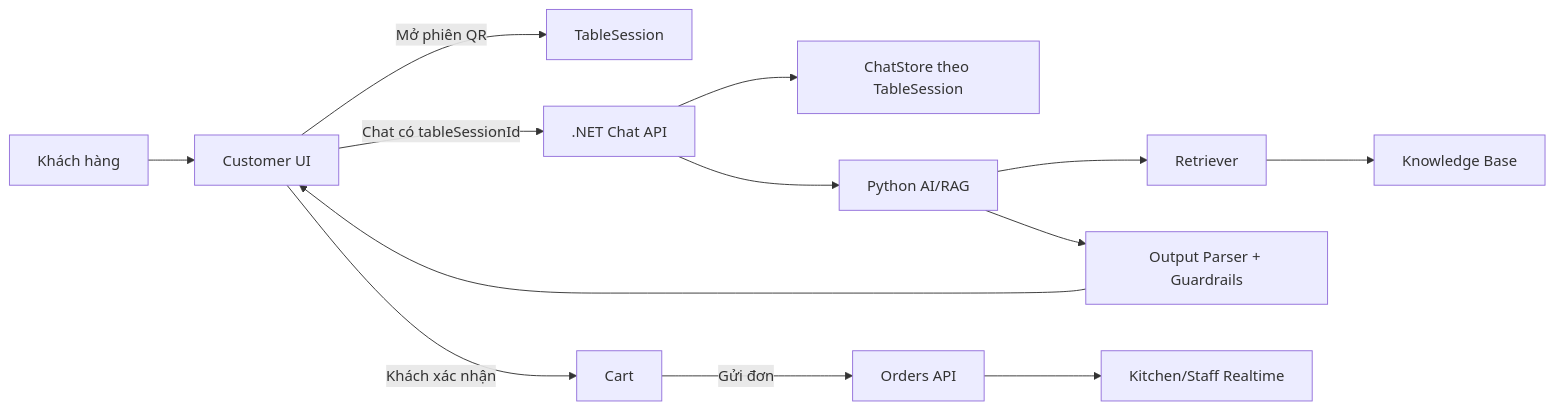
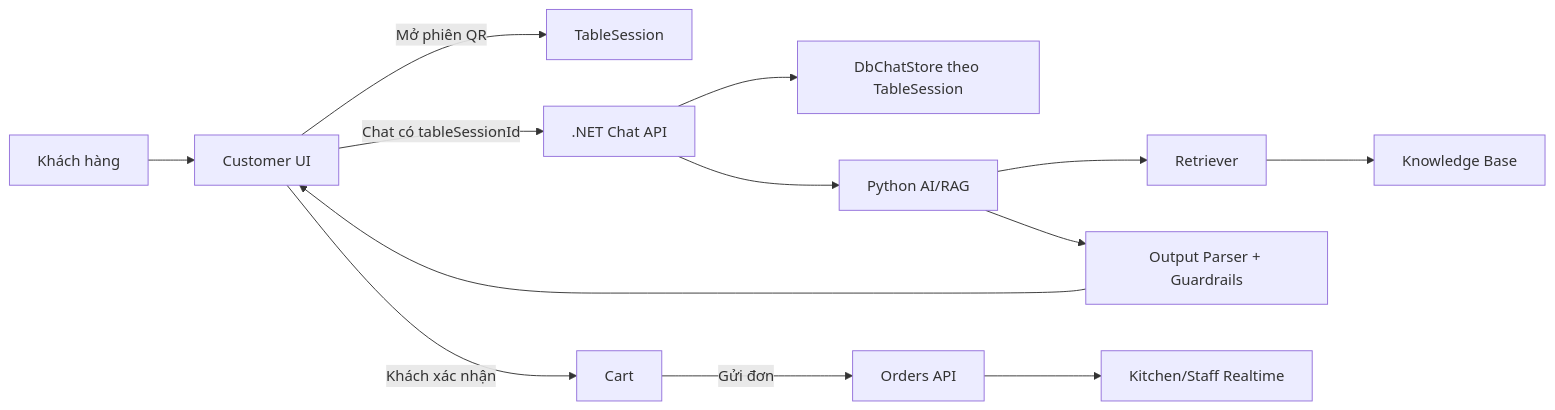
The diagram in docs/AI_RAG_RESEARCH_DESIGN.md (Anpham120/restaurant-qr-ai-ordering), drawn with Mermaid before and after one commit. The commit also changed 3 other files, not shown here.

Commit message:
docs: refresh runtime architecture

````diff
--- a/docs/AI_RAG_RESEARCH_DESIGN.md
+++ b/docs/AI_RAG_RESEARCH_DESIGN.md
@@ -15,15 +15,15 @@
 ```mermaid
 flowchart LR
   Guest["Khách hàng"] --> UI["Customer UI"]
   UI -->|"Mở phiên QR"| TableSession["TableSession"]
   UI -->|"Chat có tableSessionId"| ChatApi[".NET Chat API"]
-  ChatApi --> ChatStore["ChatStore theo TableSession"]
+  ChatApi --> ChatStore["DbChatStore theo TableSession"]
   ChatApi --> AiService["Python AI/RAG"]
   AiService --> Retriever["Retriever"]
   Retriever --> KB["Knowledge Base"]
   AiService --> Parser["Output Parser + Guardrails"]
   Parser --> UI
   UI -->|"Khách xác nhận"| Cart["Cart"]
   Cart -->|"Gửi đơn"| Orders["Orders API"]
   Orders --> Kitchen["Kitchen/Staff Realtime"]
 ```
````
